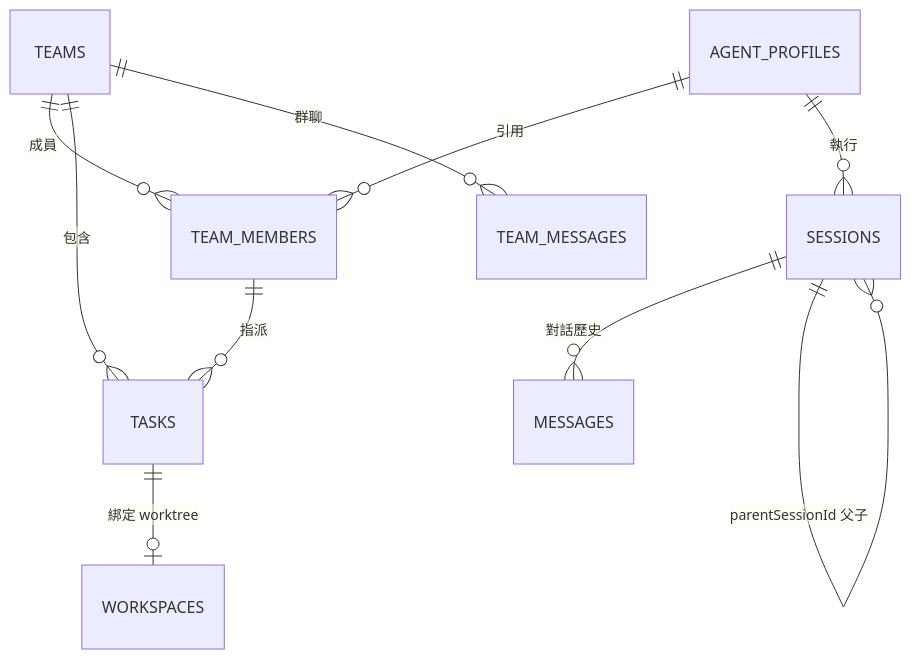
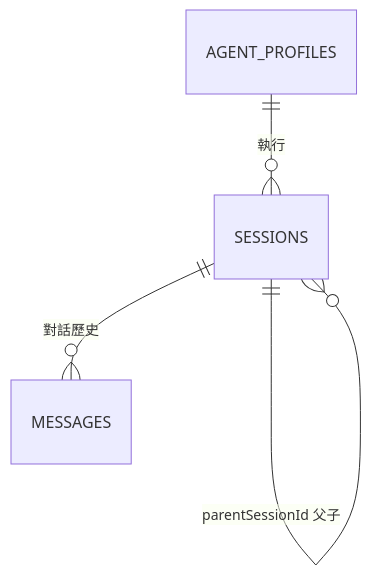
The fourth of 4 diagrams in docs/ARCHITECTURE.md (xing-101729/deskmony), drawn with Mermaid before and after one commit. The commit also changed other lines of this file and 145 other files, not shown here.

First line of the commit message:
Remove teams, tasks and the kanban board

````diff
--- a/docs/ARCHITECTURE.md
+++ b/docs/ARCHITECTURE.md
@@ -487,12 +479,6 @@
 ```mermaid
 erDiagram
-    TEAMS ||--o{ TEAM_MEMBERS : "成員"
-    AGENT_PROFILES ||--o{ TEAM_MEMBERS : "引用"
     AGENT_PROFILES ||--o{ SESSIONS : "執行"
     SESSIONS ||--o{ MESSAGES : "對話歷史"
     SESSIONS ||--o{ SESSIONS : "parentSessionId 父子"
-    TEAMS ||--o{ TASKS : "包含"
-    TEAMS ||--o{ TEAM_MESSAGES : "群聊"
-    TASKS ||--o| WORKSPACES : "綁定 worktree"
-    TEAM_MEMBERS ||--o{ TASKS : "指派"
 ```
````
